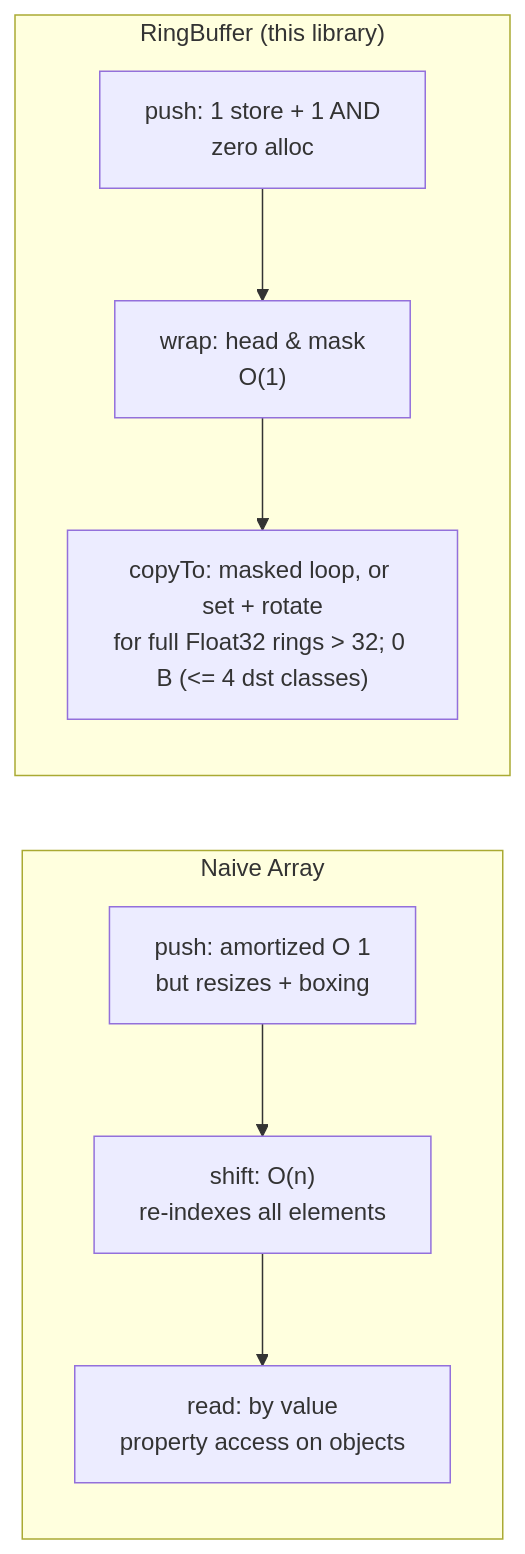
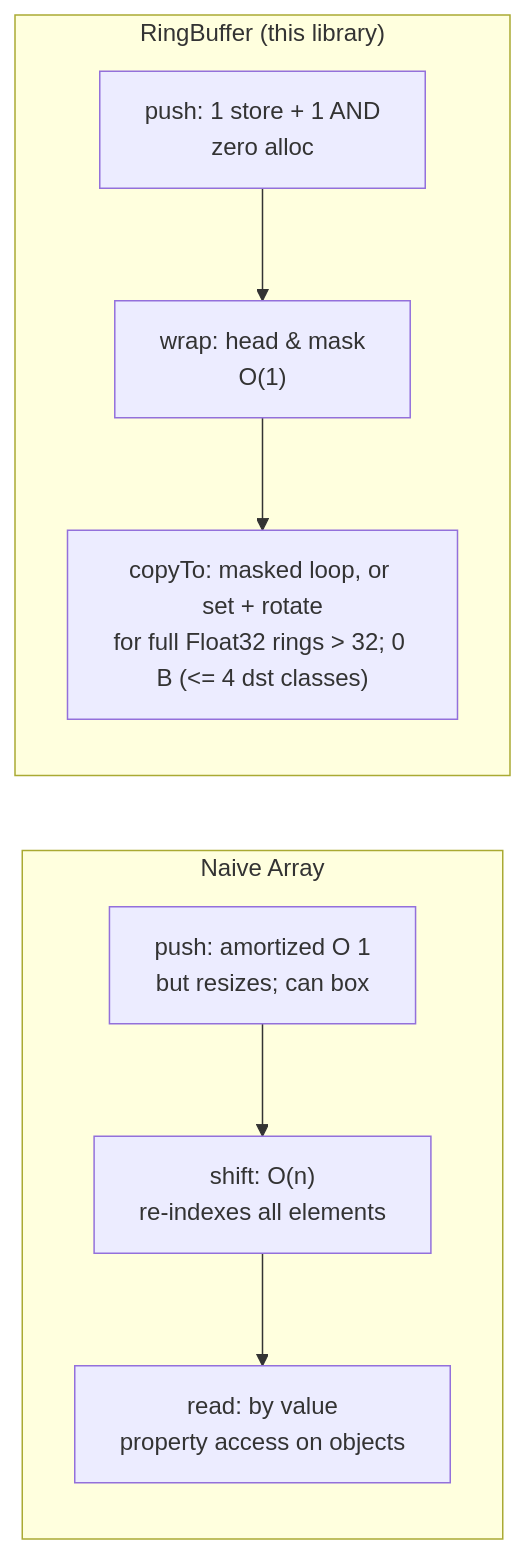
Before and after one commit to PeshoVurtoleta/lite-ring-buffer: the first of 4 diagrams in README.md, drawn with Mermaid. The commit also changed other lines of this file and 10 other files, not shown here.

````diff
--- a/README.md
+++ b/README.md
@@ -71,17 +71,17 @@
 ```mermaid
 flowchart LR
     subgraph N["Naive Array"]
         direction TB
-        N1["push: amortized O 1<br/>but resizes + boxing"]
+        N1["push: amortized O 1<br/>but resizes; can box"]
         N2["shift: O(n)<br/>re-indexes all elements"]
         N3["read: by value<br/>property access on objects"]
         N1 --> N2 --> N3
     end
     subgraph R["RingBuffer (this library)"]
         direction TB
         R1["push: 1 store + 1 AND<br/>zero alloc"]
         R2["wrap: head & mask<br/>O(1)"]
         R3["copyTo: masked loop, or set + rotate<br/>for full Float32 rings > 32; 0 B (<= 4 dst classes)"]
         R1 --> R2 --> R3
     end
 ```
````
